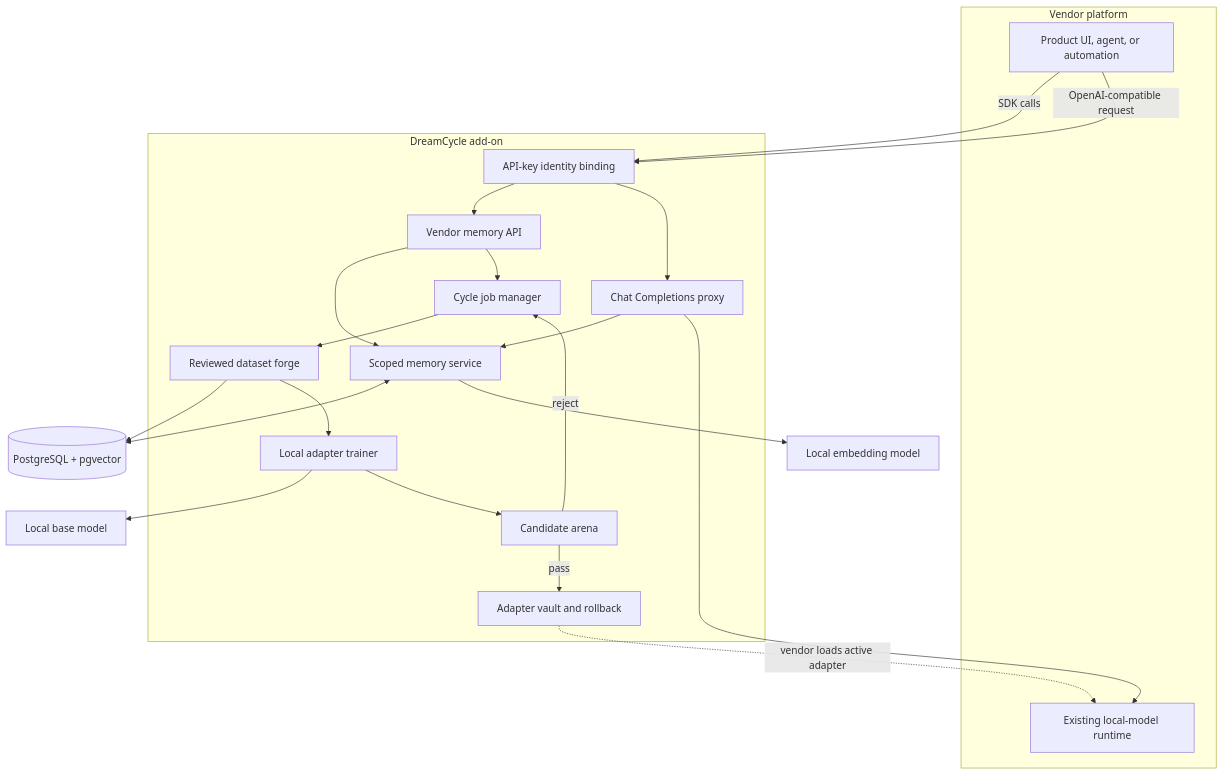
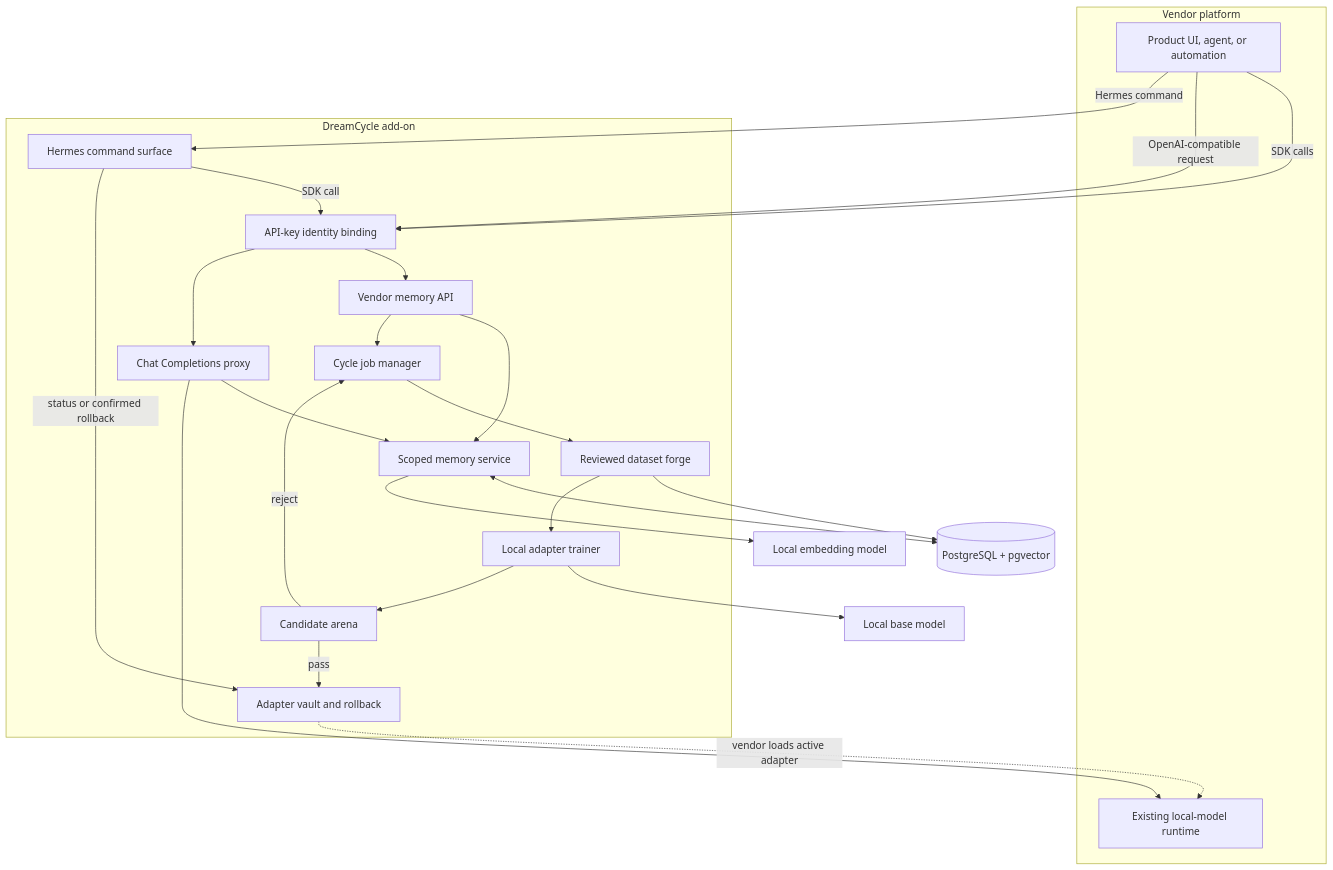
The first of 9 diagrams in ARCHITECTURE.md (kenjix217/dreamcycle), drawn with Mermaid before and after one commit. The commit also changed other lines of this file and 15 other files, not shown here.

Commit message:
Add Hermes rollback command surface

````diff
--- a/ARCHITECTURE.md
+++ b/ARCHITECTURE.md
@@ -40,42 +40,46 @@
 ```mermaid
 flowchart TB
     subgraph Vendor["Vendor platform"]
         UI["Product UI, agent, or automation"]
         Runtime["Existing local-model runtime"]
     end
 
     subgraph DreamCycle["DreamCycle add-on"]
         Auth["API-key identity binding"]
         API["Vendor memory API"]
         Proxy["Chat Completions proxy"]
+        Hermes["Hermes command surface"]
         Memory["Scoped memory service"]
         Jobs["Cycle job manager"]
         Dataset["Reviewed dataset forge"]
         Trainer["Local adapter trainer"]
         Evaluator["Candidate arena"]
         Adapters["Adapter vault and rollback"]
     end
 
     PG[("PostgreSQL + pgvector")]
     Embed["Local embedding model"]
     Base["Local base model"]
 
     UI -->|"SDK calls"| Auth
     UI -->|"OpenAI-compatible request"| Auth
+    UI -->|"Hermes command"| Hermes
     Auth --> API
     Auth --> Proxy
+    Hermes -->|"SDK call"| Auth
     API --> Memory
     Proxy --> Memory
     Memory <--> PG
     Memory --> Embed
     Proxy --> Runtime
     API --> Jobs
     Jobs --> Dataset
     Dataset --> PG
     Dataset --> Trainer
     Trainer --> Base
     Trainer --> Evaluator
     Evaluator -->|"pass"| Adapters
     Evaluator -->|"reject"| Jobs
     Adapters -.->|"vendor loads active adapter"| Runtime
+    Hermes -->|"status or confirmed rollback"| Adapters
 ```
````
